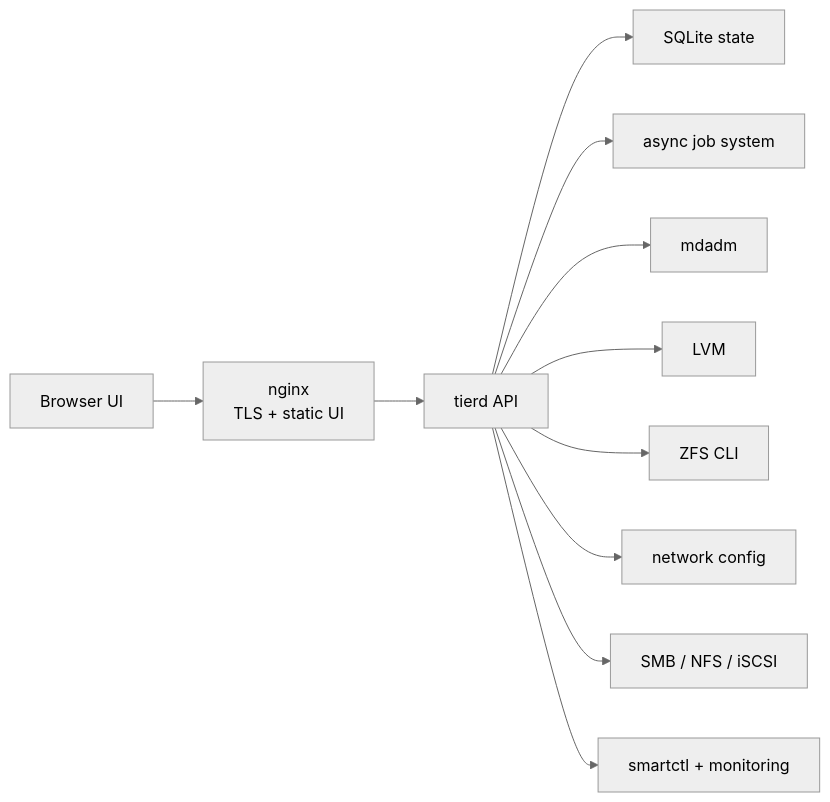
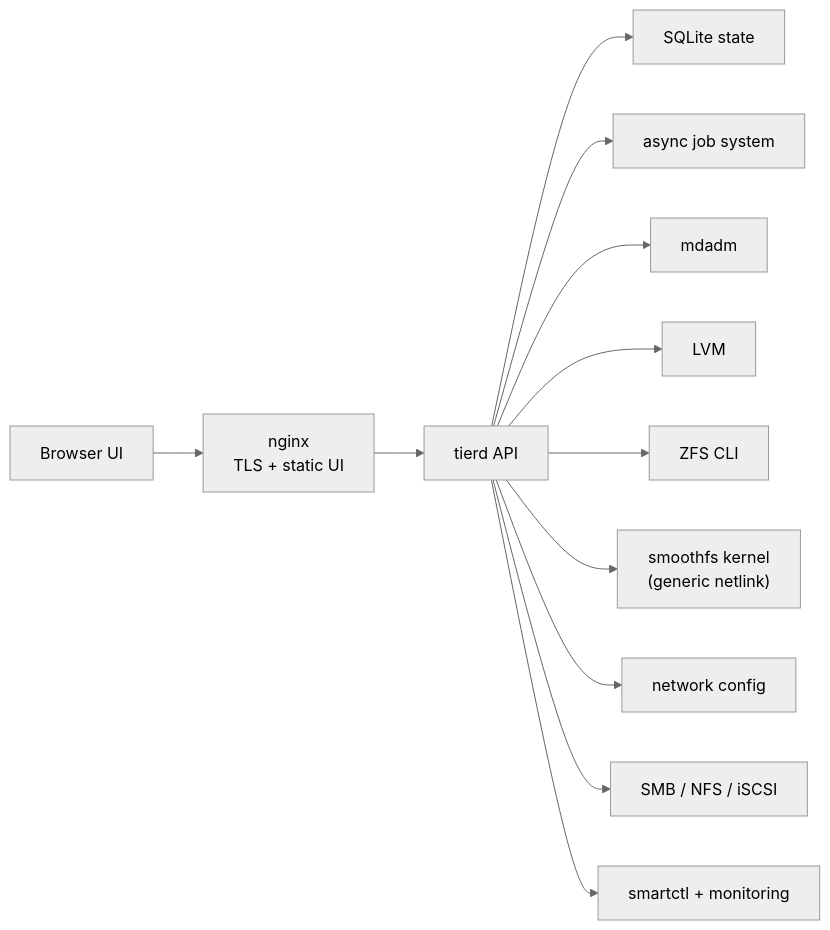
One commit to RakuenSoftware/smoothnas changed the first of 3 diagrams in README.md. Above: the diagram before and after it, drawn with Mermaid (neutral theme). The commit also changed other lines of this file and 375 other files, not shown here.

````diff
--- a/README.md
+++ b/README.md
@@ -125,13 +134,14 @@
 ```mermaid
 flowchart LR
     Browser["Browser UI"] --> Nginx["nginx\nTLS + static UI"]
     Nginx --> API["tierd API"]
     API --> DB["SQLite state"]
     API --> Jobs["async job system"]
     API --> MD["mdadm"]
     API --> LVM["LVM"]
     API --> ZFS["ZFS CLI"]
+    API --> Smoothfs["smoothfs kernel\n(generic netlink)"]
     API --> Net["network config"]
     API --> Share["SMB / NFS / iSCSI"]
     API --> Smart["smartctl + monitoring"]
 ```
````
